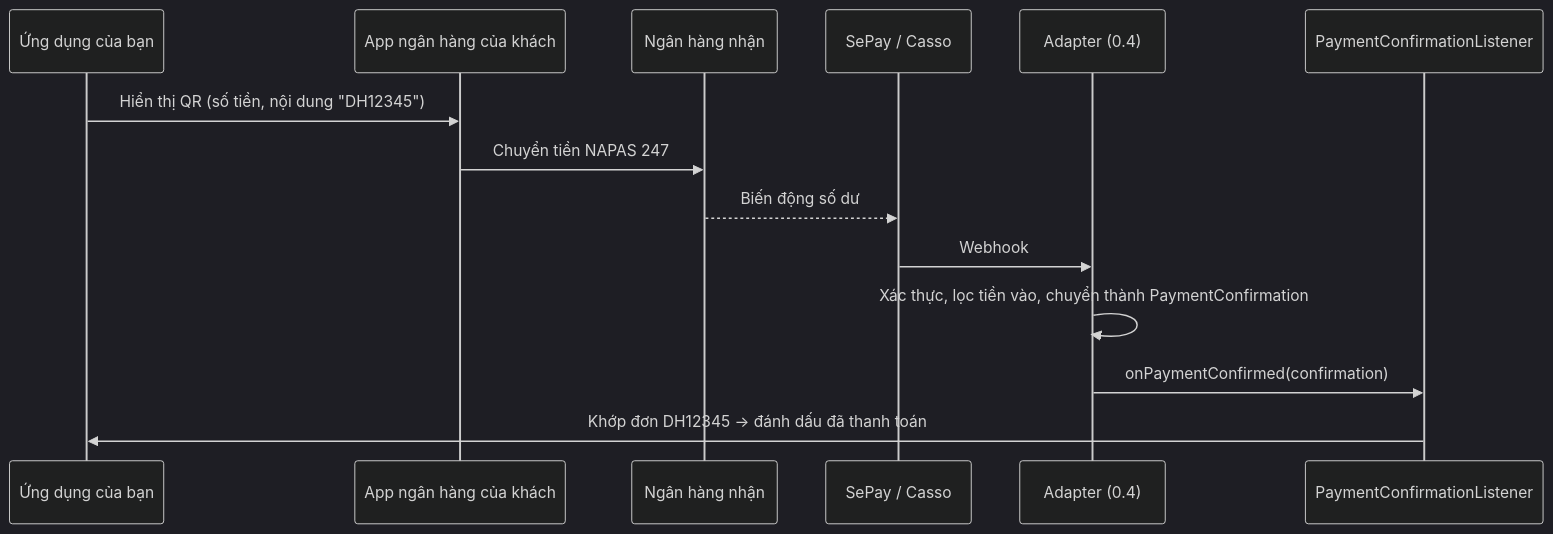
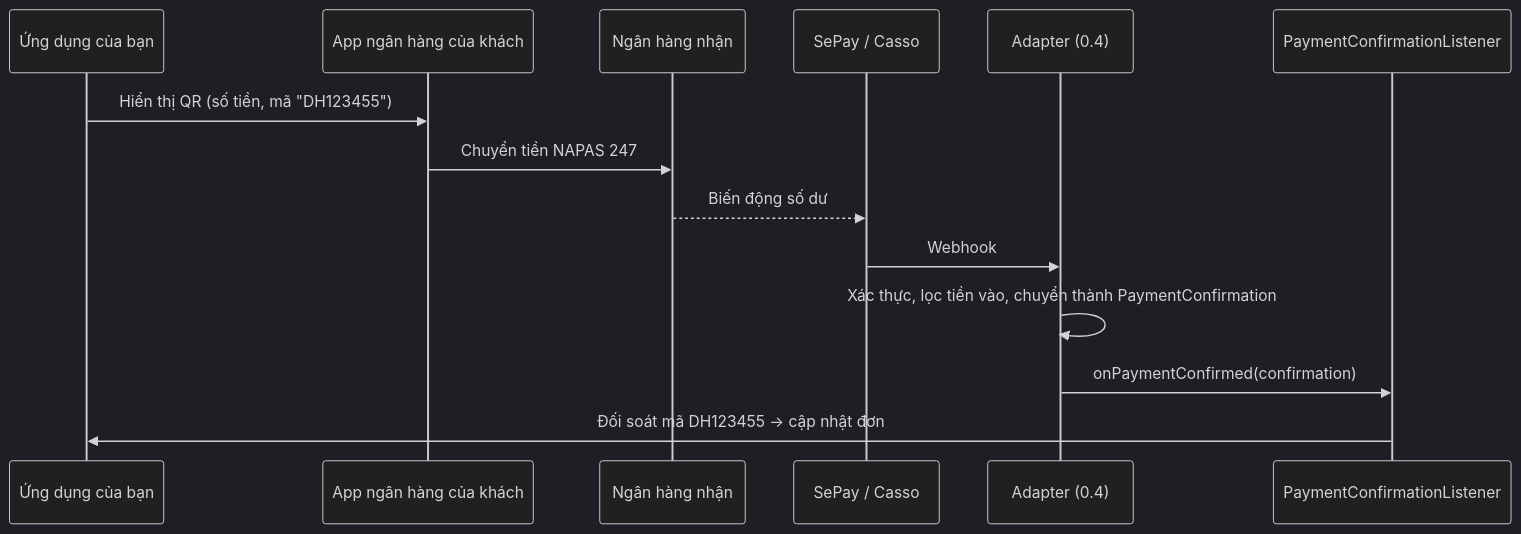
Before and after one commit to hoangluongtran0309/vietnam-integrations: the diagram in docs/vietqr/payment-confirmation.md, drawn with Mermaid (dark theme). The commit also changed other lines of this file and 12 other files, not shown here.

````diff
--- a/docs/vietqr/payment-confirmation.md
+++ b/docs/vietqr/payment-confirmation.md
@@ -16,17 +17,17 @@
 ```mermaid
 sequenceDiagram
     participant Shop as Ứng dụng của bạn
     participant Payer as App ngân hàng của khách
     participant Bank as Ngân hàng nhận
     participant Provider as SePay / Casso
     participant Adapter as Adapter (0.4)
     participant Listener as PaymentConfirmationListener
 
-    Shop->>Payer: Hiển thị QR (số tiền, nội dung "DH12345")
+    Shop->>Payer: Hiển thị QR (số tiền, mã "DH123455")
     Payer->>Bank: Chuyển tiền NAPAS 247
     Bank-->>Provider: Biến động số dư
     Provider->>Adapter: Webhook
     Adapter->>Adapter: Xác thực, lọc tiền vào, chuyển thành PaymentConfirmation
     Adapter->>Listener: onPaymentConfirmed(confirmation)
-    Listener->>Shop: Khớp đơn DH12345 → đánh dấu đã thanh toán
+    Listener->>Shop: Đối soát mã DH123455 → cập nhật đơn
 ```
````
